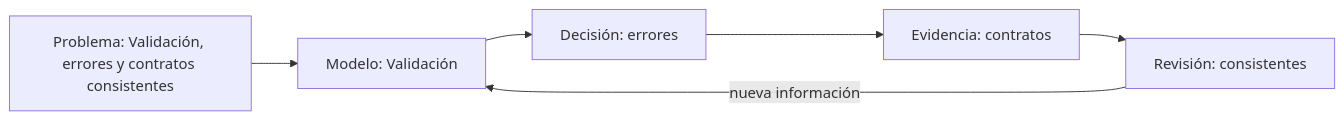
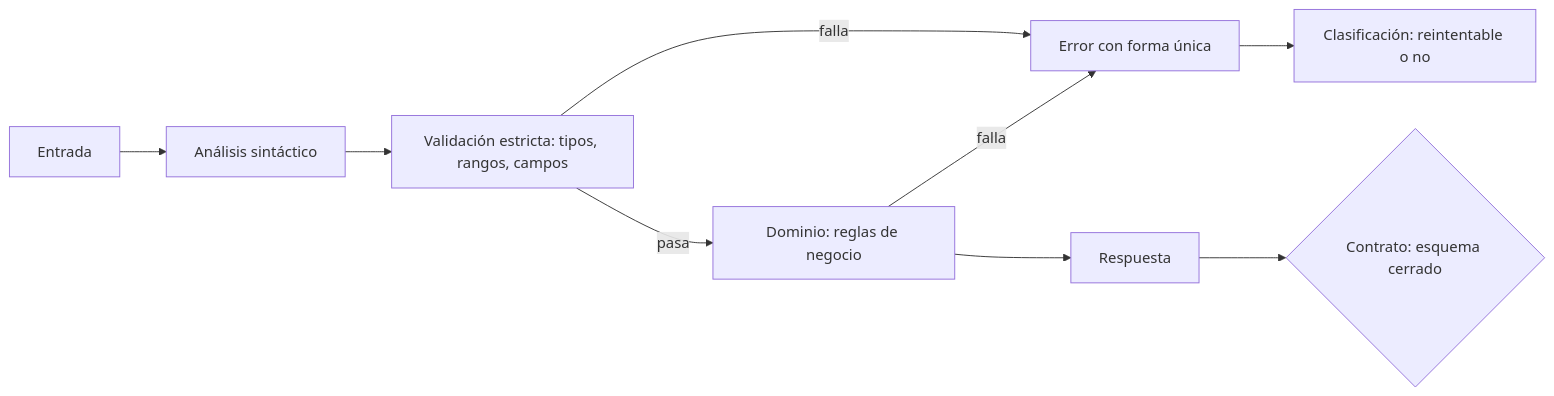
Before and after one commit to vladimiracunadev-create/modern-software-engineering-program: the diagram in classes/part-20-backend-apis-y-procesamiento-asincrono/se-244-validacion-errores-y-contratos-consistentes/README.md, drawn with Mermaid. The commit also changed other lines of this file and 116 other files, not shown here.

````diff
--- a/classes/part-20-backend-apis-y-procesamiento-asincrono/se-244-validacion-errores-y-contratos-consistentes/README.md
+++ b/classes/part-20-backend-apis-y-procesamiento-asincrono/se-244-validacion-errores-y-contratos-consistentes/README.md
@@ -40,8 +54,11 @@
 ```mermaid
 flowchart LR
-    P["Problema: Validación, errores y contratos consistentes"] --> M["Modelo: Validación"]
-    M --> D["Decisión: errores"]
-    D --> E["Evidencia: contratos"]
-    E --> R["Revisión: consistentes"]
-    R -->|nueva información| M
+    E[Entrada] --> P[Análisis sintáctico]
+    P --> V[Validación estricta: tipos, rangos, campos]
+    V -->|falla| X[Error con forma única]
+    V -->|pasa| D[Dominio: reglas de negocio]
+    D -->|falla| X
+    D --> R[Respuesta]
+    R --> C{Contrato: esquema cerrado}
+    X --> K[Clasificación: reintentable o no]
 ```
````
